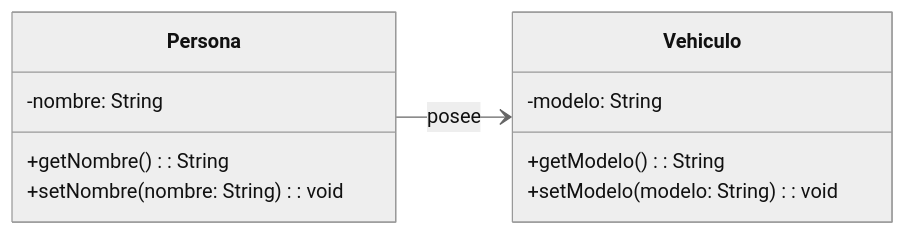
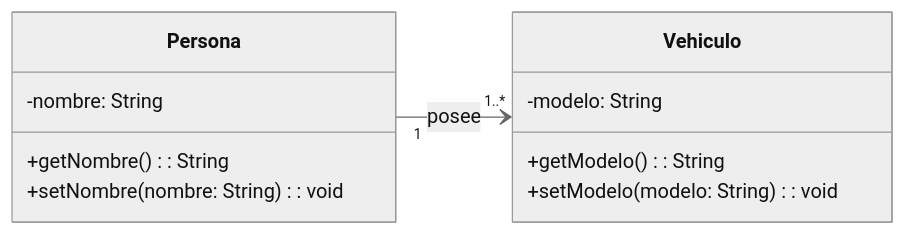
The sixth of 7 diagrams in UD4 - Introducción a POO, diagramas UML y diagramas de clases/ud04_2_notacion_uml_diagramas_clases.md (danielmartinan/entornos_desarrollo_2024-25), drawn with Mermaid (neutral theme) before and after one commit. The commit also changed other lines of this file, not shown here.

````diff
--- a/UD4 - Introducción a POO, diagramas UML y diagramas de clases/ud04_2_notacion_uml_diagramas_clases.md
+++ b/UD4 - Introducción a POO, diagramas UML y diagramas de clases/ud04_2_notacion_uml_diagramas_clases.md
@@ -81,18 +133,18 @@
 ``` mermaid
 classDiagram
     direction LR
     class Persona {
         -nombre: String
         +getNombre(): String
         +setNombre(nombre: String): void
     }
 
     class Vehiculo {
         -modelo: String
         +getModelo(): String
         +setModelo(modelo: String): void
     }
 
-    Persona --> Vehiculo: posee
+    Persona "1" --> "1..*" Vehiculo: posee
 
 ``` 
````
